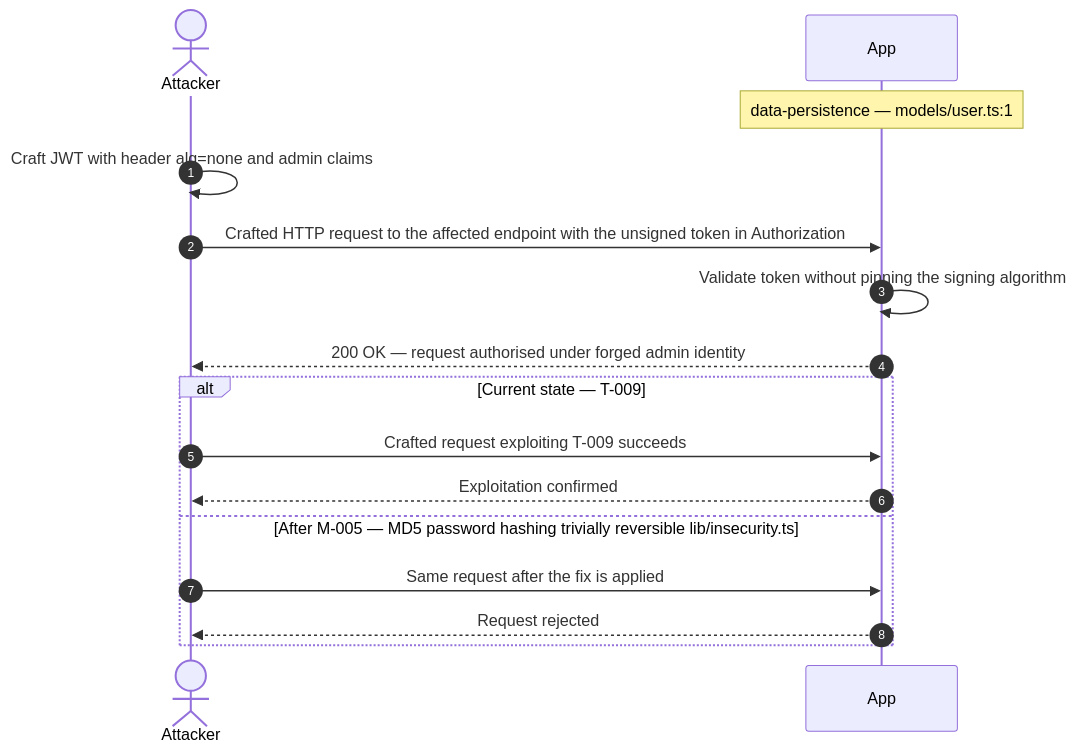
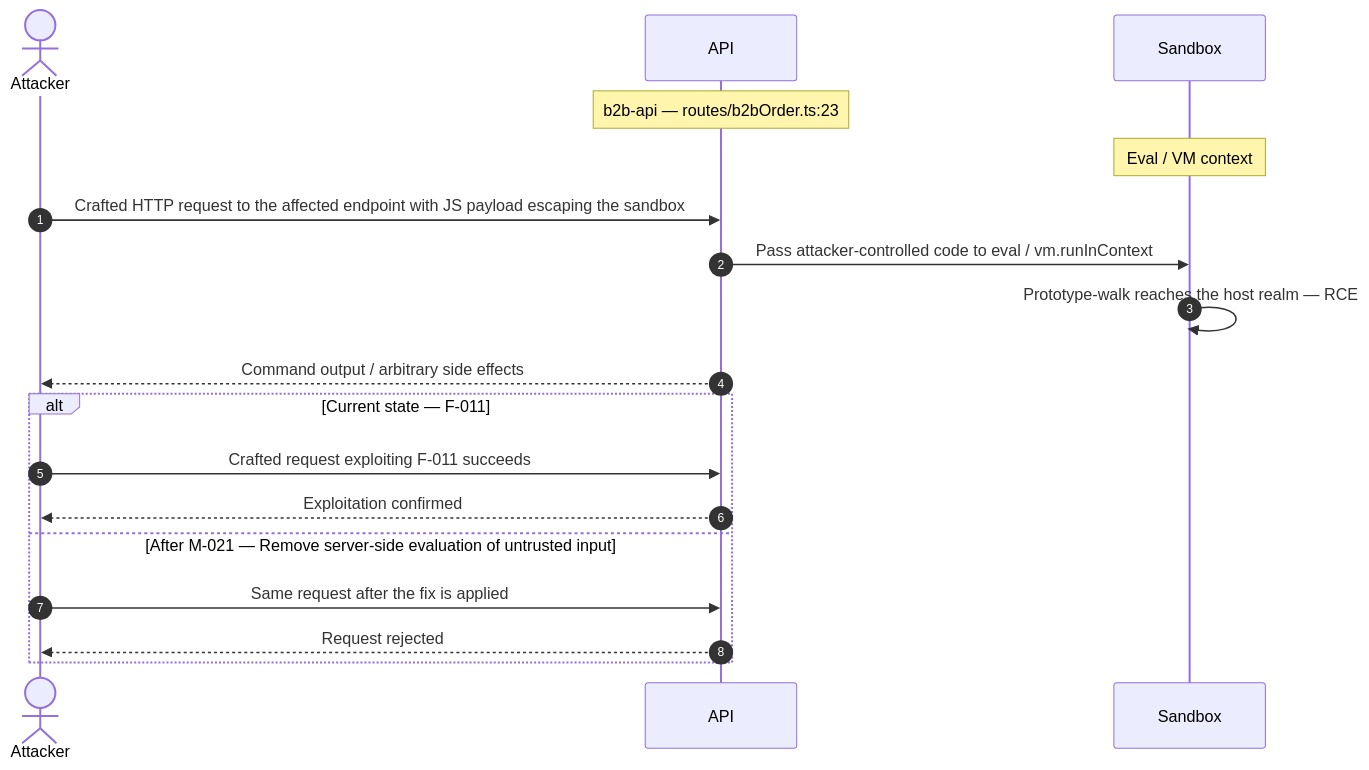
The ninth of 12 diagrams in tests/fixtures/e2e/_repair-run/.fragments/_chain-skeleton.md (appsec-foundry/appsec-advisor), drawn with Mermaid before and after one commit. The commit also changed other lines of this file and 184 other files, not shown here.

````diff
--- a/tests/fixtures/e2e/_repair-run/.fragments/_chain-skeleton.md
+++ b/tests/fixtures/e2e/_repair-run/.fragments/_chain-skeleton.md
@@ -297,18 +332,20 @@
 ```mermaid
 sequenceDiagram
     autonumber
     actor Attacker
-    participant App
-    Note over App: data-persistence — models/user.ts:1
-    Attacker->>Attacker: Craft JWT with header alg=none and admin claims
-    Attacker->>App: Crafted HTTP request to the affected endpoint with the unsigned token in Authorization
-    App->>App: Validate token without pinning the signing algorithm
-    App-->>Attacker: 200 OK — request authorised under forged admin identity
-    alt Current state — T-009
-        Attacker->>App: Crafted request exploiting T-009 succeeds
-        App-->>Attacker: Exploitation confirmed
-    else After M-005 — MD5 password hashing trivially reversible lib/insecurity.ts
-        Attacker->>App: Same request after the fix is applied
-        App-->>Attacker: Request rejected
+    participant API
+    participant Sandbox
+    Note over API: b2b-api — routes/b2bOrder.ts:23
+    Note over Sandbox: Eval / VM context
+    Attacker->>API: Crafted HTTP request to the affected endpoint with JS payload escaping the sandbox
+    API->>Sandbox: Pass attacker-controlled code to eval / vm.runInContext
+    Sandbox->>Sandbox: Prototype-walk reaches the host realm — RCE
+    API-->>Attacker: Command output / arbitrary side effects
+    alt Current state — F-011
+        Attacker->>API: Crafted request exploiting F-011 succeeds
+        API-->>Attacker: Exploitation confirmed
+    else After M-021 — Remove server-side evaluation of untrusted input
+        Attacker->>API: Same request after the fix is applied
+        API-->>Attacker: Request rejected
     end
 ```
````
